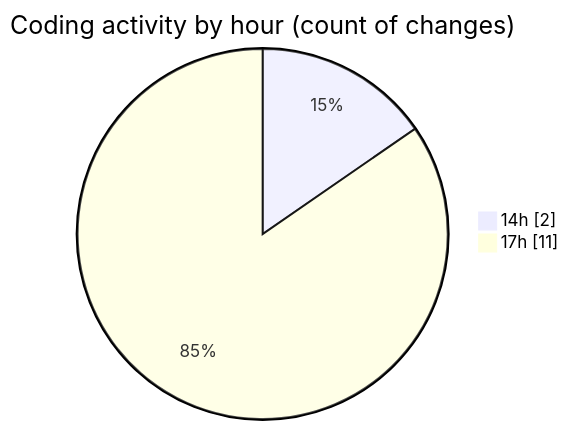
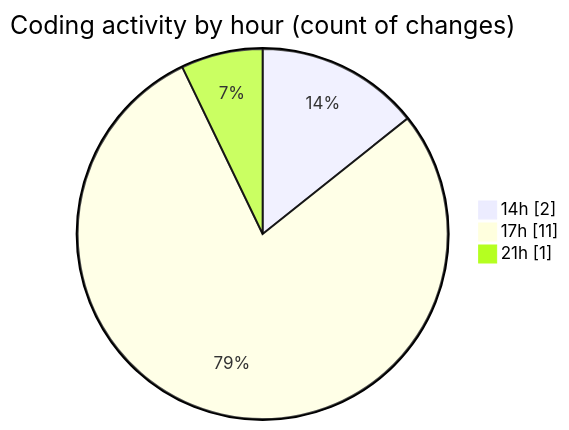
One commit to momahboobian/code-tracking changed the second of 2 diagrams in 2025-01-25/pdf-analysis-app/README.md. Above: the diagram before and after it, drawn with Mermaid. The commit also changed other lines of this file and 1 other file, not shown here.

````diff
--- a/2025-01-25/pdf-analysis-app/README.md
+++ b/2025-01-25/pdf-analysis-app/README.md
@@ -32,6 +34,7 @@
 ```mermaid
 pie showData
 title Coding activity by hour (count of changes)
 "14h" : 2
 "17h" : 11
+"21h" : 1
 ```
````
